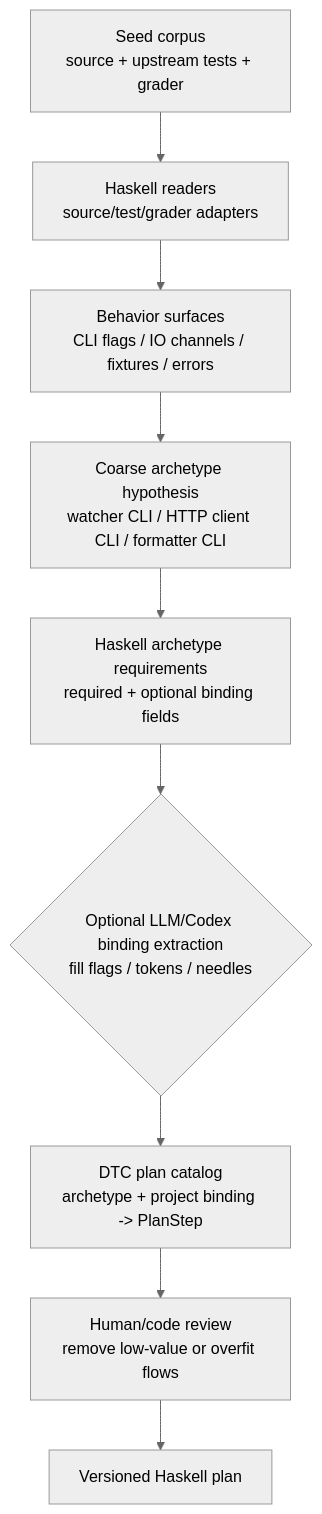
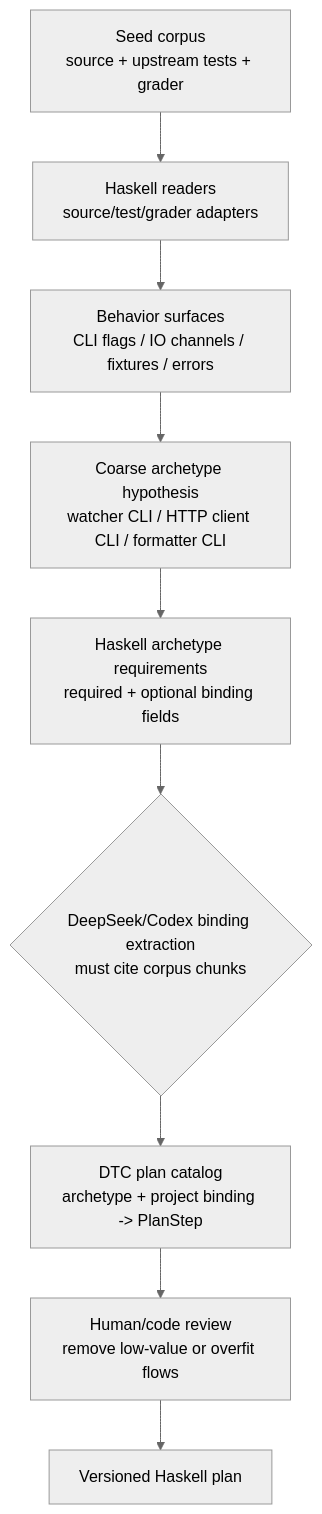
The first of 2 diagrams in FLOW.md (fucommingsoon/hs-blackbox-agent), drawn with Mermaid (neutral theme) before and after one commit. The commit also changed other lines of this file and 20 other files, not shown here.

Commit message:
Refine DTC flow and document PB container execution

````diff
--- a/FLOW.md
+++ b/FLOW.md
@@ -14,11 +14,11 @@
 ```mermaid
 flowchart TD
     Corpus[Seed corpus<br/>source + upstream tests + grader] --> Read
     Read[Haskell readers<br/>source/test/grader adapters] --> Surface
     Surface[Behavior surfaces<br/>CLI flags / IO channels / fixtures / errors] --> Archetype
     Archetype[Coarse archetype hypothesis<br/>watcher CLI / HTTP client CLI / formatter CLI] --> Requirements
     Requirements[Haskell archetype requirements<br/>required + optional binding fields] --> Calibrate
-    Calibrate{Optional LLM/Codex binding extraction<br/>fill flags / tokens / needles} --> Plan
+    Calibrate{DeepSeek/Codex binding extraction<br/>must cite corpus chunks} --> Plan
     Plan[DTC plan catalog<br/>archetype + project binding -> PlanStep] --> Review
     Review[Human/code review<br/>remove low-value or overfit flows] --> Versioned[Versioned Haskell plan]
 ```
````
